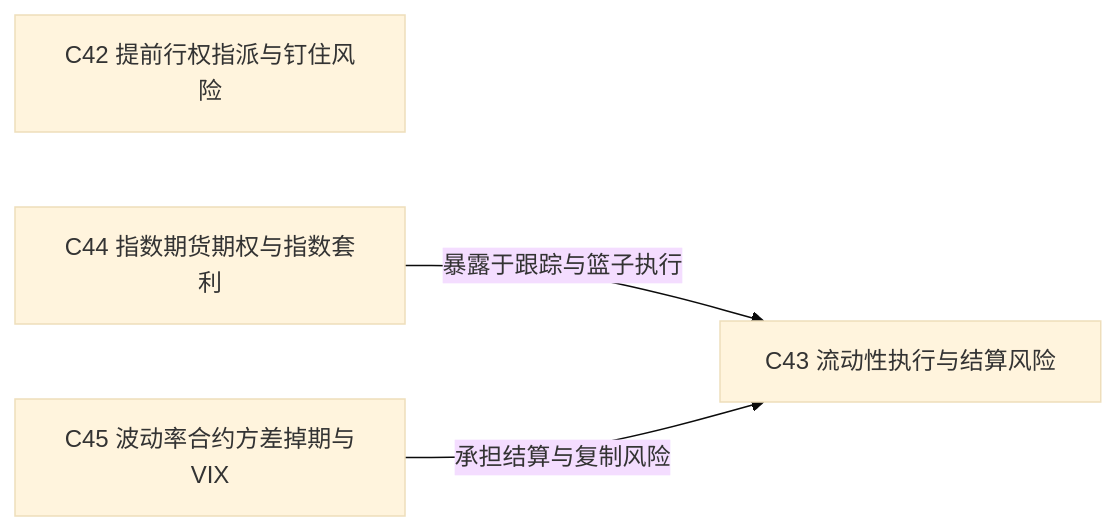
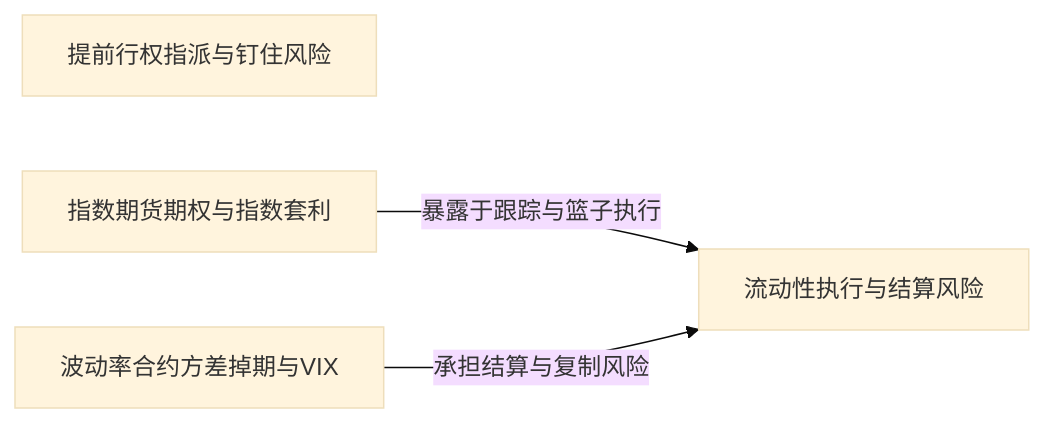
Before and after one commit to KIMMCHOW/MyKnowledge: the diagram in Knowledge/Concepts/经济/金融/衍生品/期权/References/Option Volatility and Pricing 双语版/知识图谱/市场实施与专门产品.md, drawn with Mermaid (base theme). The commit also changed other lines of this file and 53 other files, not shown here.

Commit message:
cleanup: 期权知识图谱内容去除序号并同步生成与审计脚本

````diff
--- a/Knowledge/Concepts/经济/金融/衍生品/期权/References/Option Volatility and Pricing 双语版/知识图谱/市场实施与专门产品.md
+++ b/Knowledge/Concepts/经济/金融/衍生品/期权/References/Option Volatility and Pricing 双语版/知识图谱/市场实施与专门产品.md
@@ -22,9 +22,9 @@
 ```mermaid
 flowchart LR
-    C42["C42 提前行权指派与钉住风险"]
-    C43["C43 流动性执行与结算风险"]
-    C44["C44 指数期货期权与指数套利"]
-    C45["C45 波动率合约方差掉期与VIX"]
-    C44 -->|"暴露于跟踪与篮子执行"| C43
-    C45 -->|"承担结算与复制风险"| C43
+    ExerciseAssignmentandPinRisk["提前行权指派与钉住风险"]
+    LiquidityExecutionandSettlementRisk["流动性执行与结算风险"]
+    IndexFuturesOptionsandArbitrage["指数期货期权与指数套利"]
+    VolatilityContractsVarianceSwapsandVIX["波动率合约方差掉期与VIX"]
+    IndexFuturesOptionsandArbitrage -->|"暴露于跟踪与篮子执行"| LiquidityExecutionandSettlementRisk
+    VolatilityContractsVarianceSwapsandVIX -->|"承担结算与复制风险"| LiquidityExecutionandSettlementRisk
 ```
````
